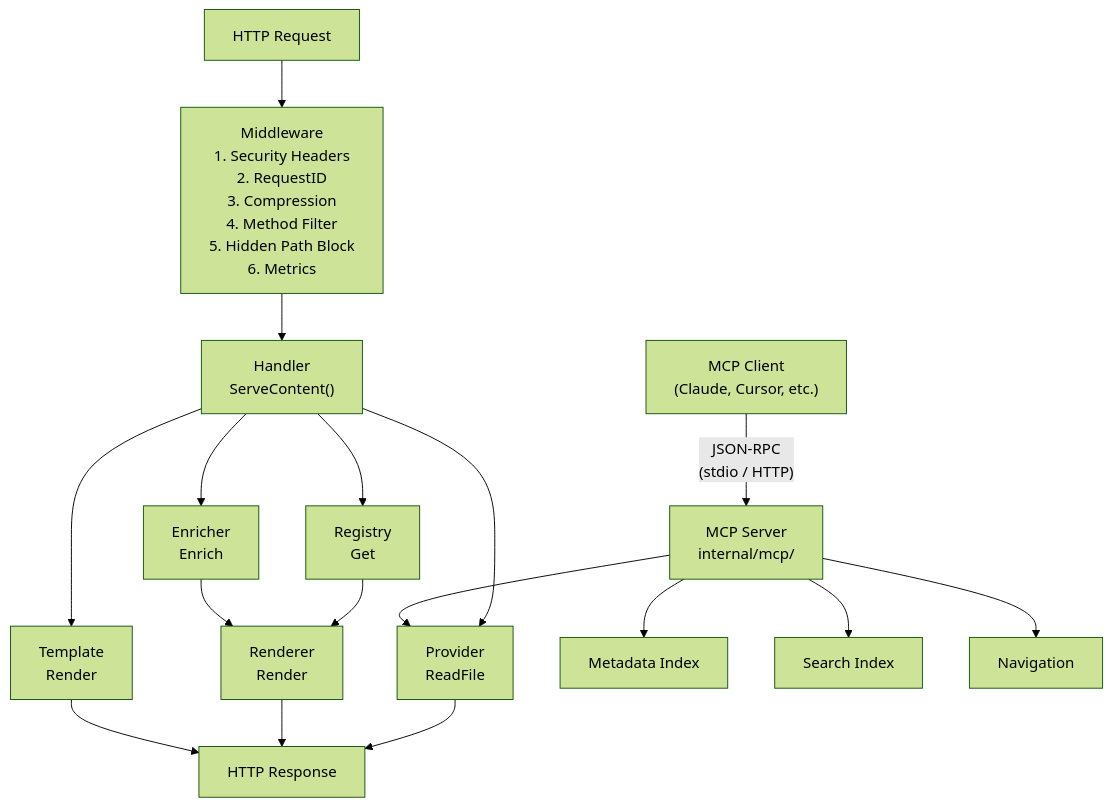
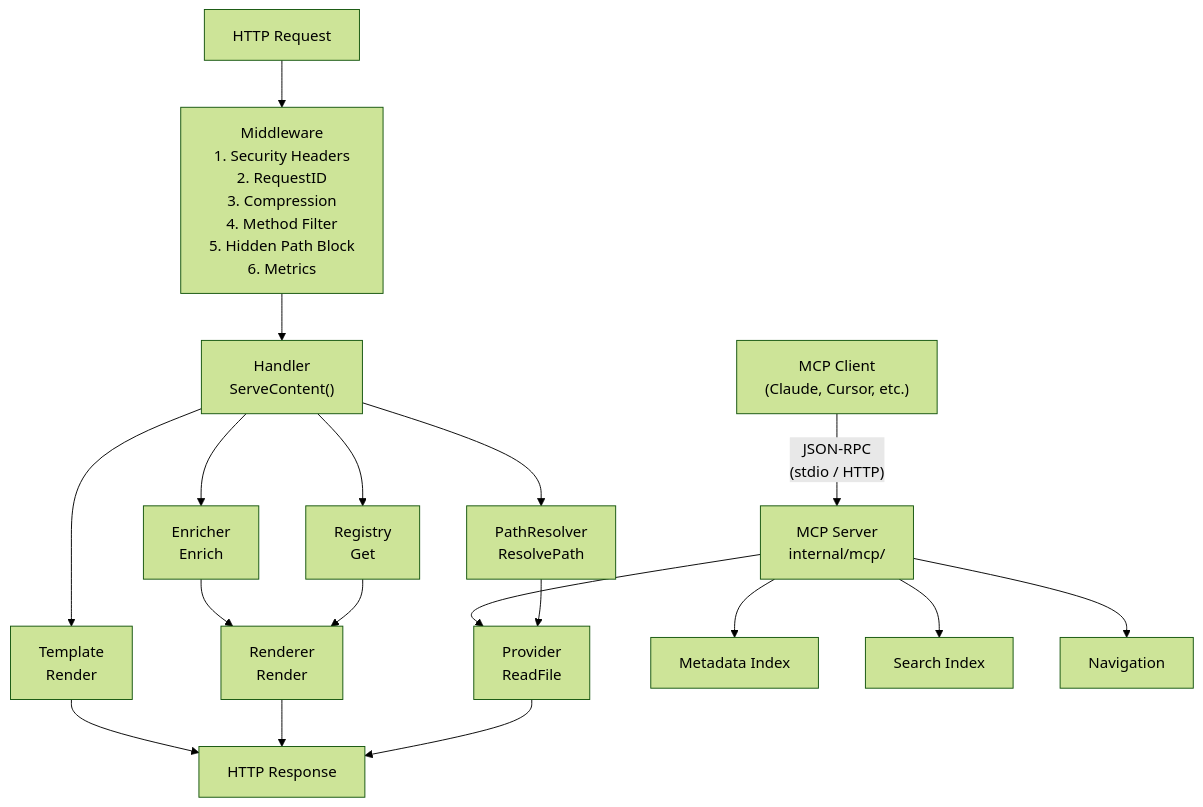
Before and after one commit to monolithiclab/gomddoc: the first of 3 diagrams in docs/architecture.md, drawn with Mermaid (forest theme). The commit also changed other lines of this file and 2 other files, not shown here.

````diff
--- a/docs/architecture.md
+++ b/docs/architecture.md
@@ -17,20 +17,21 @@
 ```mermaid
 graph TD
     A[HTTP Request] --> B["Middleware<br/>1. Security Headers<br/>2. RequestID<br/>3. Compression<br/>4. Method Filter<br/>5. Hidden Path Block<br/>6. Metrics"]
     B --> C["Handler<br/>ServeContent()"]
-    C --> D["Provider<br/>ReadFile"]
+    C --> RES["PathResolver<br/>ResolvePath"]
+    RES --> D["Provider<br/>ReadFile"]
     C --> EN["Enricher<br/>Enrich"]
     C --> E["Registry<br/>Get"]
     C --> F["Template<br/>Render"]
     E --> G["Renderer<br/>Render"]
     D --> H[HTTP Response]
     EN --> G
     G --> H
     F --> H
 
     MCP["MCP Client<br/>(Claude, Cursor, etc.)"] -->|"JSON-RPC<br/>(stdio / HTTP)"| MCPS["MCP Server<br/>internal/mcp/"]
     MCPS --> D
     MCPS --> MI["Metadata Index"]
     MCPS --> SI["Search Index"]
     MCPS --> NAV["Navigation"]
 ```
````
